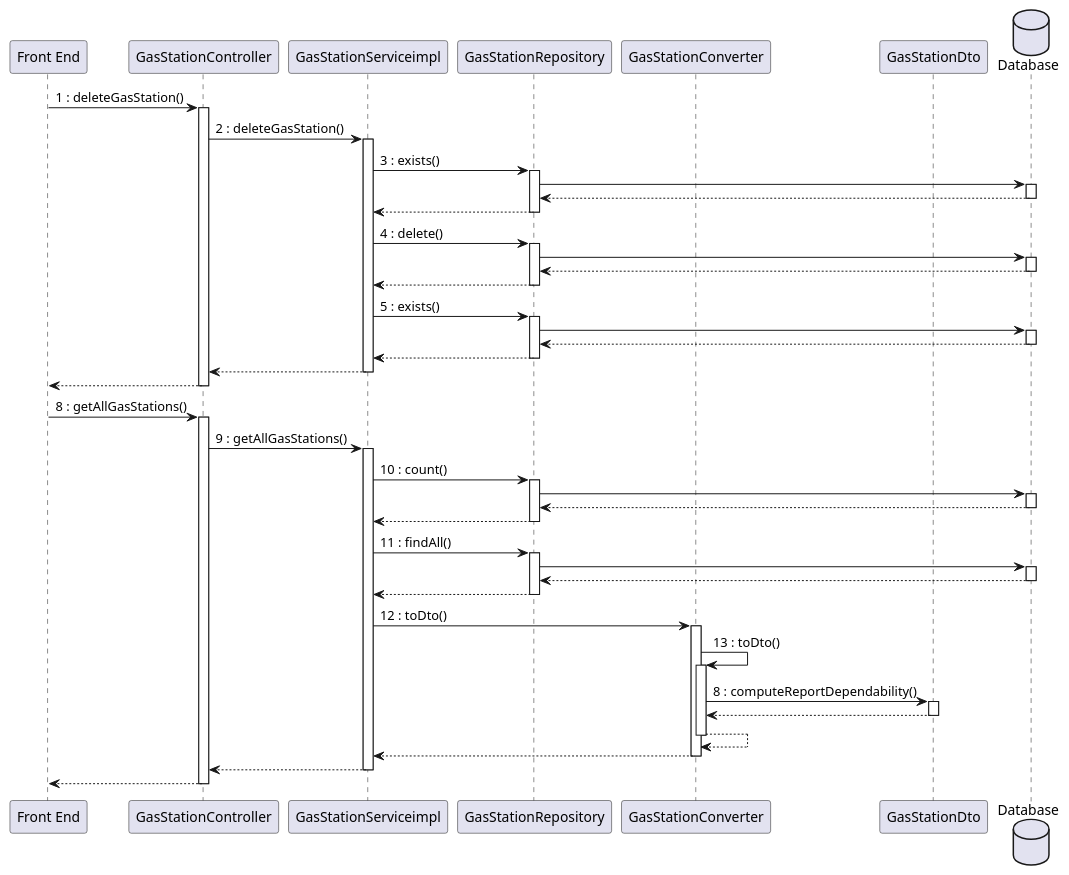
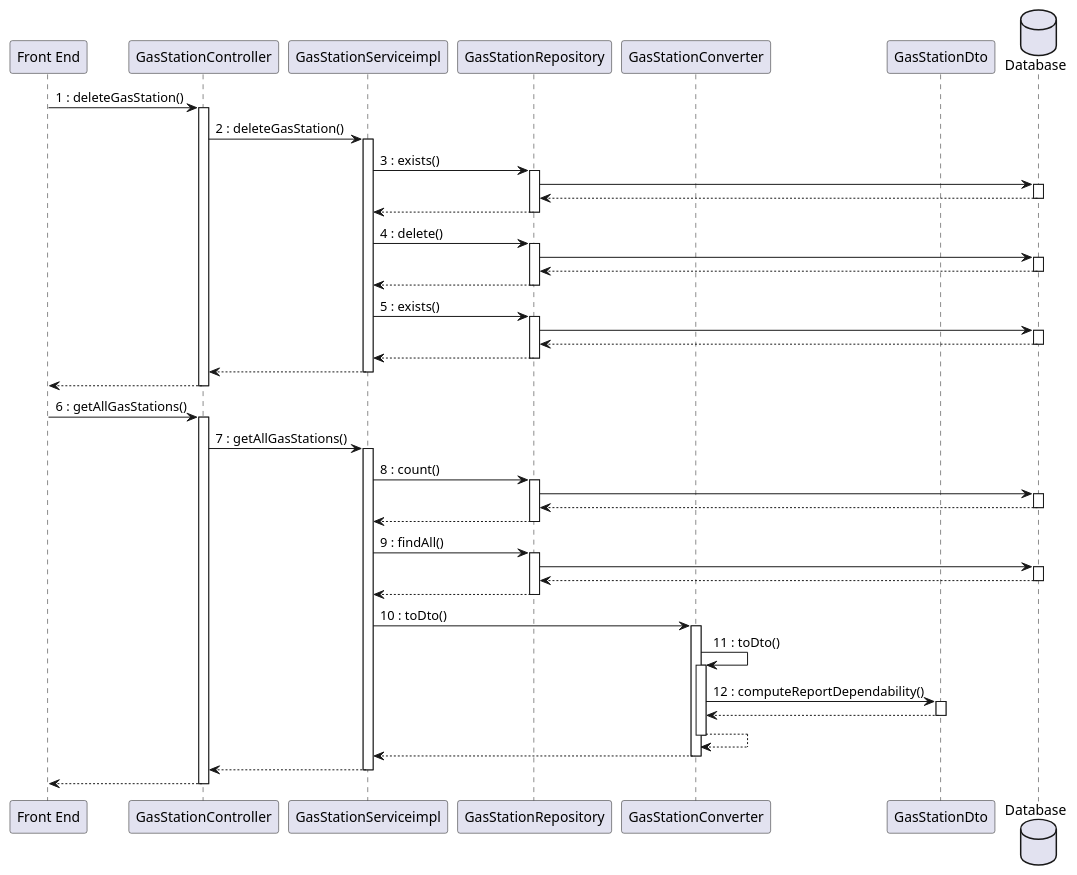
The tenth of 15 diagrams in docs/DesignDocument.md (mosTavassoli/ezgas), drawn with PlantUML before and after one commit. The commit also changed other lines of this file, not shown here.

Commit message:
docs(DesignDocument): edit sequence diagram and numbering

````diff
--- a/docs/DesignDocument.md
+++ b/docs/DesignDocument.md
@@ -752,56 +752,56 @@
 ```plantuml
 database Database order 30
 "Front End" -> GasStationController:1 : deleteGasStation()
 activate GasStationController
 GasStationController -> GasStationServiceimpl:2 : deleteGasStation()
 activate GasStationServiceimpl
 GasStationServiceimpl -> GasStationRepository:3 : exists()
 activate GasStationRepository
 GasStationRepository -> Database
 activate Database
 return
 return
 GasStationServiceimpl -> GasStationRepository:4 : delete()
 activate GasStationRepository
 GasStationRepository -> Database
 activate Database
 return
 return
 GasStationServiceimpl -> GasStationRepository:5 : exists()
 activate GasStationRepository
 GasStationRepository -> Database
 activate Database
 return
 return
 return
 return
 
-"Front End" -> GasStationController:8 : getAllGasStations()
+"Front End" -> GasStationController:6 : getAllGasStations()
 activate GasStationController
-GasStationController -> GasStationServiceimpl:9 : getAllGasStations()
+GasStationController -> GasStationServiceimpl:7 : getAllGasStations()
 activate GasStationServiceimpl
-GasStationServiceimpl -> GasStationRepository:10 : count()
+GasStationServiceimpl -> GasStationRepository:8 : count()
 activate GasStationRepository
 GasStationRepository -> Database
 activate Database
 return
 return
-GasStationServiceimpl -> GasStationRepository:11 : findAll()
+GasStationServiceimpl -> GasStationRepository:9 : findAll()
 activate GasStationRepository
 GasStationRepository -> Database
 activate Database
 return
 return
 
-GasStationServiceimpl -> GasStationConverter:12 : toDto()
+GasStationServiceimpl -> GasStationConverter:10 : toDto()
 activate GasStationConverter
-GasStationConverter -> GasStationConverter:13 : toDto()
+GasStationConverter -> GasStationConverter:11 : toDto()
 activate GasStationConverter
-GasStationConverter -> GasStationDto:8 : computeReportDependability()
+GasStationConverter -> GasStationDto:12 : computeReportDependability()
 activate GasStationDto
 return
 return
 return
 return
 return
 ```
````
